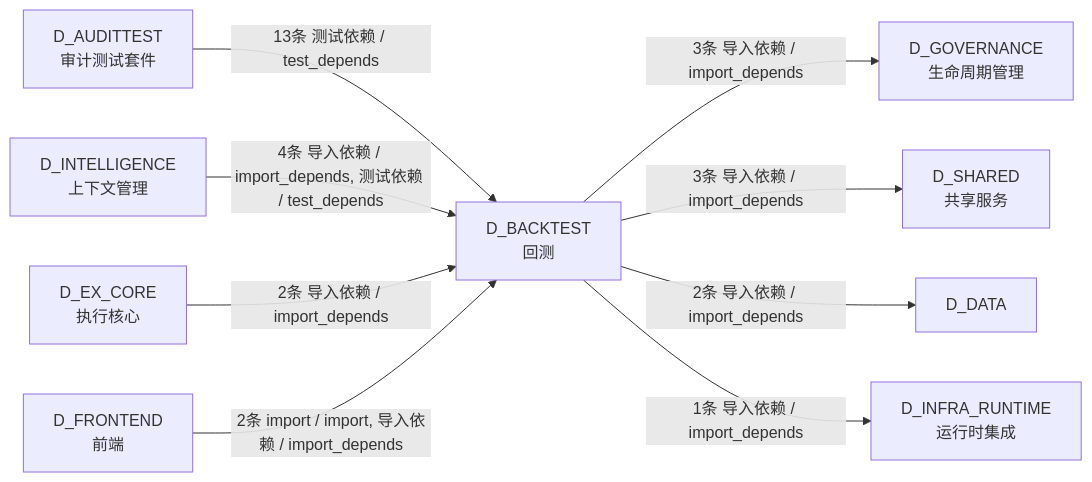
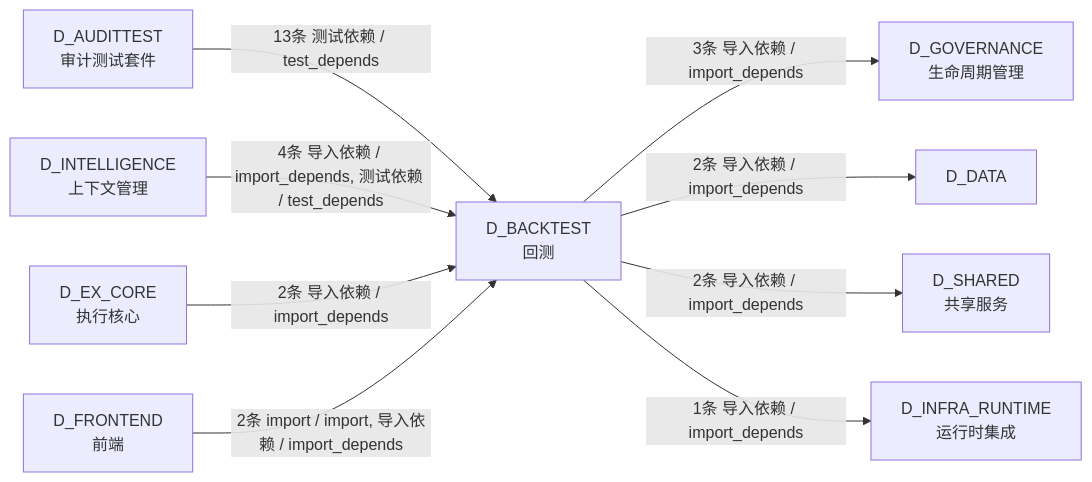
One commit to xuanFelixVan/ZephyrAlpha changed the sixth of 6 diagrams in docs/02_enterprise_architecture/02_domain_architecture_docs/30_d_backtest.md. Above: the diagram before and after it, drawn with Mermaid. The commit also changed other lines of this file and 126 other files, not shown here.

````diff
--- a/docs/02_enterprise_architecture/02_domain_architecture_docs/30_d_backtest.md
+++ b/docs/02_enterprise_architecture/02_domain_architecture_docs/30_d_backtest.md
@@ -427,20 +426,20 @@
 ```mermaid
 graph LR
     D_BACKTEST["D_BACKTEST<br/>回测"]
     D_GOVERNANCE["D_GOVERNANCE<br/>生命周期管理"]
+    D_DATA["D_DATA"]
     D_SHARED["D_SHARED<br/>共享服务"]
-    D_DATA["D_DATA"]
     D_INFRA_RUNTIME["D_INFRA_RUNTIME<br/>运行时集成"]
     D_AUDITTEST["D_AUDITTEST<br/>审计测试套件"]
     D_INTELLIGENCE["D_INTELLIGENCE<br/>上下文管理"]
     D_EX_CORE["D_EX_CORE<br/>执行核心"]
     D_FRONTEND["D_FRONTEND<br/>前端"]
     D_BACKTEST -->|3条 导入依赖 / import_depends| D_GOVERNANCE
-    D_BACKTEST -->|3条 导入依赖 / import_depends| D_SHARED
     D_BACKTEST -->|2条 导入依赖 / import_depends| D_DATA
+    D_BACKTEST -->|2条 导入依赖 / import_depends| D_SHARED
     D_BACKTEST -->|1条 导入依赖 / import_depends| D_INFRA_RUNTIME
     D_AUDITTEST -->|13条 测试依赖 / test_depends| D_BACKTEST
     D_INTELLIGENCE -->|4条 导入依赖 / import_depends, 测试依赖 / test_depends| D_BACKTEST
     D_EX_CORE -->|2条 导入依赖 / import_depends| D_BACKTEST
     D_FRONTEND -->|2条 import / import, 导入依赖 / import_depends| D_BACKTEST
 ```
````
